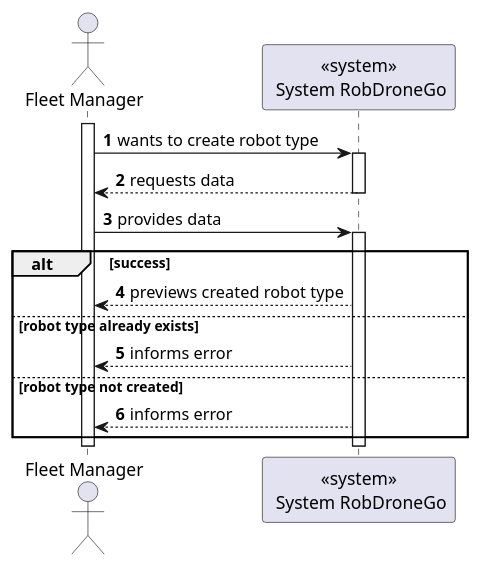
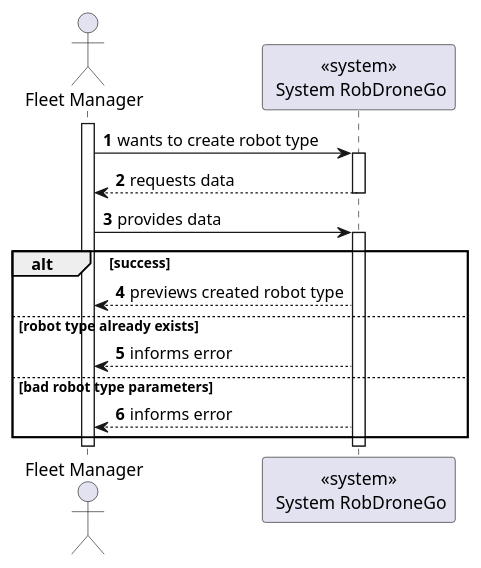
Before and after one commit to Departamento-de-Engenharia-Informatica/lapr5-23-24-g19: the diagram in docs/us1000/level1/process-view.puml, drawn with PlantUML. The commit also changed 3 other files, not shown here.

```diff
--- a/docs/us1000/level1/process-view.puml
+++ b/docs/us1000/level1/process-view.puml
@@ -1,26 +1,26 @@
 @startuml
 autonumber
 
 actor "Fleet Manager" as usr
 
 participant "<<system>>\n System RobDroneGo" as sys
 
 activate usr
     usr -> sys : wants to create robot type
     activate sys
         sys --> usr : requests data
     deactivate sys
 
     usr -> sys : provides data
     activate sys
     alt success
         sys --> usr : previews created robot type
     else robot type already exists
         sys --> usr : informs error
-    else robot type not created
+    else bad robot type parameters
         sys --> usr : informs error
     end
     deactivate sys
 deactivate usr
 
 @enduml
```
